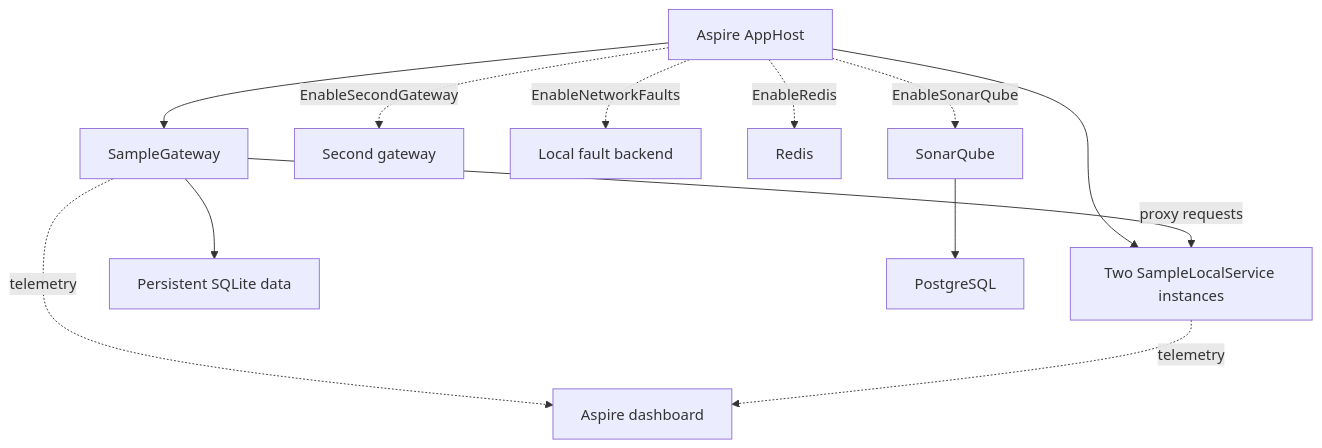
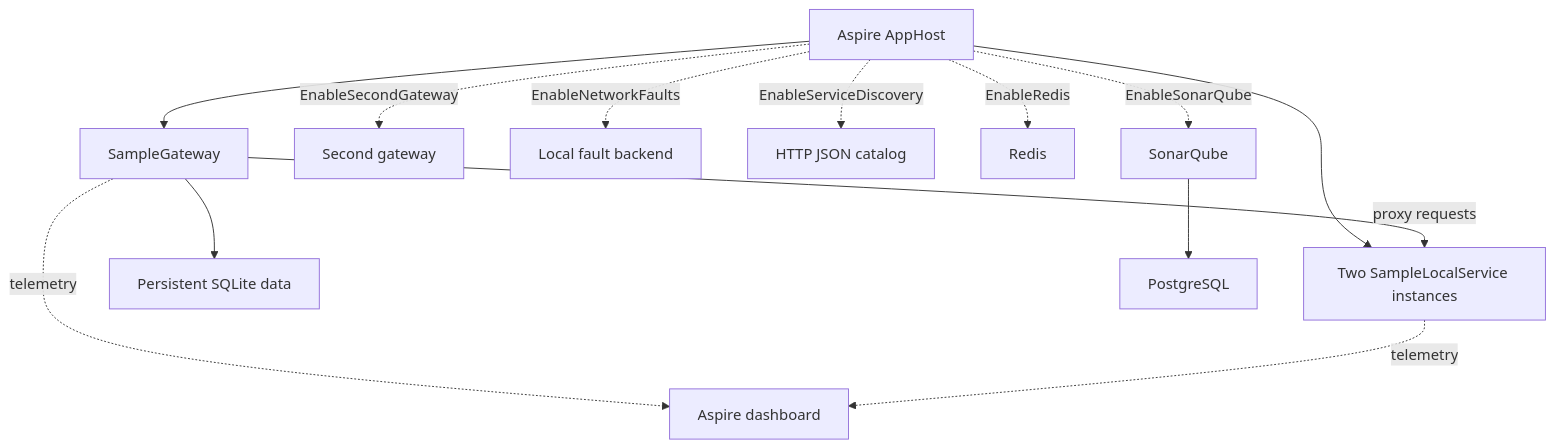
The diagram in Wafish.AppHost/README.md (hallojoe/wafish), drawn with Mermaid before and after one commit. The commit also changed other lines of this file and 23 other files, not shown here.

Commit message:
feat: demonstrate HTTP JSON service discovery

````diff
--- a/Wafish.AppHost/README.md
+++ b/Wafish.AppHost/README.md
@@ -9,14 +9,15 @@
 ```mermaid
 flowchart TD
     AppHost["Aspire AppHost"] --> Gateway["SampleGateway"]
     AppHost --> Backends["Two SampleLocalService instances"]
     Gateway -->|"proxy requests"| Backends
     Gateway --> Data["Persistent SQLite data"]
     Gateway -. "telemetry" .-> Dashboard["Aspire dashboard"]
     Backends -. "telemetry" .-> Dashboard
     AppHost -. "EnableSecondGateway" .-> Second["Second gateway"]
     AppHost -. "EnableNetworkFaults" .-> Faults["Local fault backend"]
+    AppHost -. "EnableServiceDiscovery" .-> Catalog["HTTP JSON catalog"]
     AppHost -. "EnableRedis" .-> Redis["Redis"]
     AppHost -. "EnableSonarQube" .-> Sonar["SonarQube"]
     Sonar --> Postgres["PostgreSQL"]
 ```
````
